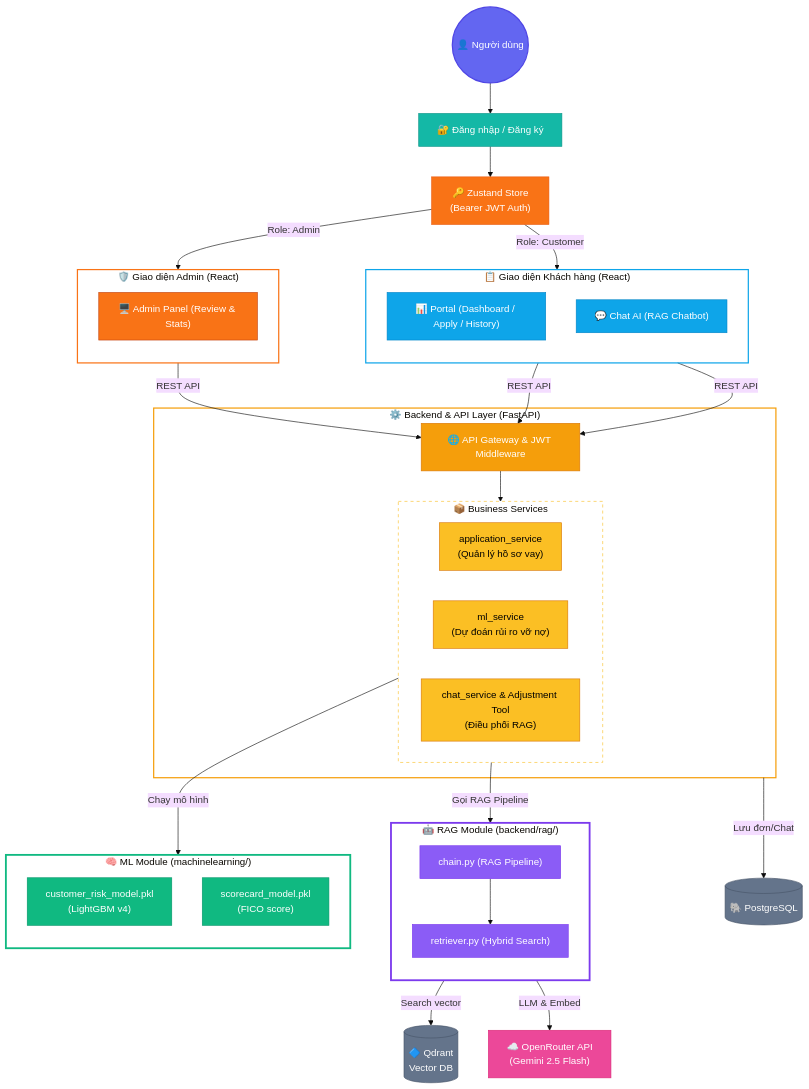
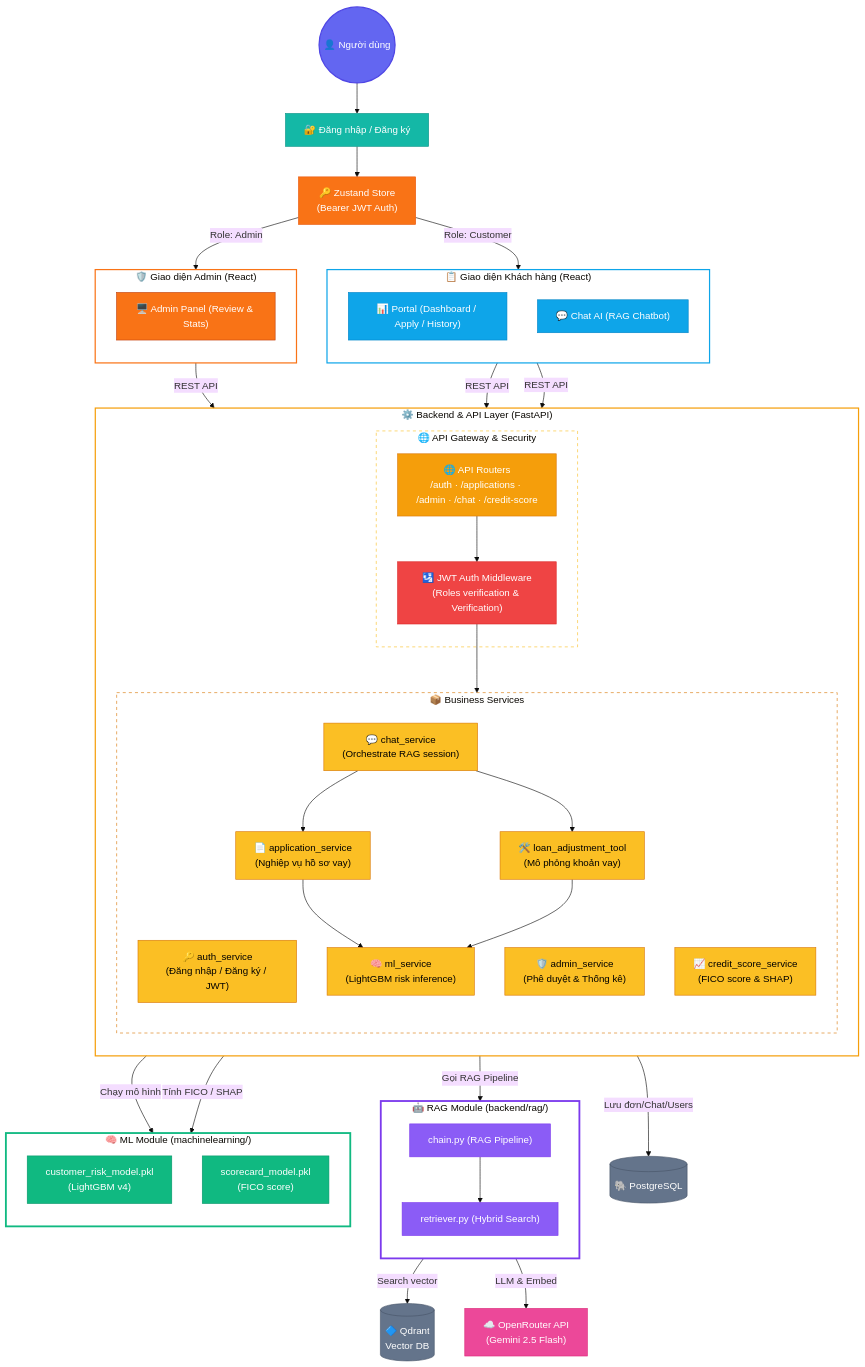
One commit to VTD0102/Loan_ETL changed the first of 3 diagrams in README.md. Above: the diagram before and after it, drawn with Mermaid (base theme).

Commit message:
docs: detail backend routers and business services in system architecture overview

````diff
--- a/README.md
+++ b/README.md
@@ -28,25 +28,40 @@
     end
 
     %% Kết nối Frontend -> API Gateway
-    C_MAIN -->|"REST API"| API
-    C_CHAT -->|"REST API"| API
-    A_PANEL -->|"REST API"| API
+    C_MAIN -->|"REST API"| ROUTERS
+    C_CHAT -->|"REST API"| ROUTERS
+    A_PANEL -->|"REST API"| ROUTERS
 
     subgraph BACKEND["⚙️ Backend & API Layer (FastAPI)"]
-        API["🌐 API Gateway & JWT Middleware"]
+        direction TB
+        subgraph API_GW["🌐 API Gateway & Security"]
+            ROUTERS["🌐 API Routers\n/auth · /applications · /admin · /chat · /credit-score"]
+            JWT_MW["🛂 JWT Auth Middleware\n(Roles verification & Verification)"]
+            ROUTERS --> JWT_MW
+        end
 
         subgraph SERVICES["📦 Business Services"]
-            direction LR
-            SVC_APP["application_service\n(Quản lý hồ sơ vay)"]
-            SVC_ML["ml_service\n(Dự đoán rủi ro vỡ nợ)"]
-            SVC_CHAT["chat_service & Adjustment Tool\n(Điều phối RAG)"]
+            direction TB
+            SVC_AUTH["🔑 auth_service\n(Đăng nhập / Đăng ký / JWT)"]
+            SVC_APP["📄 application_service\n(Nghiệp vụ hồ sơ vay)"]
+            SVC_ADMIN["🛡️ admin_service\n(Phê duyệt & Thống kê)"]
+            SVC_ML["🧠 ml_service\n(LightGBM risk inference)"]
+            SVC_CS["📈 credit_score_service\n(FICO score & SHAP)"]
+            SVC_CHAT["💬 chat_service\n(Orchestrate RAG session)"]
+            SVC_ADJ["🛠️ loan_adjustment_tool\n(Mô phỏng khoản vay)"]
+            
+            SVC_CHAT --> SVC_ADJ
+            SVC_CHAT --> SVC_APP
+            SVC_APP --> SVC_ML
+            SVC_ADJ --> SVC_ML
         end
-        API --> SERVICES
+        JWT_MW --> SERVICES
     end
 
     %% Kết nối Services -> Chuyên sâu RAG / ML
     SVC_CHAT -->|"Gọi RAG Pipeline"| RAG_MOD
     SVC_ML -->|"Chạy mô hình"| ML_MOD
+    SVC_CS -->|"Tính FICO / SHAP"| ML_MOD
 
     subgraph RAG_MOD["🤖 RAG Module (backend/rag/)"]
         direction TB
@@ -64,7 +79,7 @@
     %% Kết nối xuống Cơ sở dữ liệu và API ngoài
     RAG_MOD -->|"Search vector"| QD[("🔷 Qdrant\nVector DB")]
     RAG_MOD -->|"LLM & Embed"| OR["☁️ OpenRouter API\n(Gemini 2.5 Flash)"]
-    BACKEND -->|"Lưu đơn/Chat"| PG[("🐘 PostgreSQL")]
+    SERVICES -->|"Lưu đơn/Chat/Users"| PG[("🐘 PostgreSQL")]
 
     %% ===== STYLING =====
     classDef user fill:#6366f1,stroke:#4f46e5,color:#fff,stroke-width:2px
@@ -73,6 +88,7 @@
     classDef cust fill:#0ea5e9,stroke:#0284c7,color:#fff
     classDef adm fill:#f97316,stroke:#c2410c,color:#fff
     classDef be fill:#f59e0b,stroke:#d97706,color:#fff
+    classDef jwt_mw fill:#ef4444,stroke:#dc2626,color:#fff
     classDef svc fill:#fbbf24,stroke:#d97706,color:#000
     classDef rag fill:#8b5cf6,stroke:#7c3aed,color:#fff
     classDef ml fill:#10b981,stroke:#059669,color:#fff
@@ -84,8 +100,9 @@
     class JWT jwt
     class C_MAIN,C_CHAT cust
     class A_PANEL adm
-    class API be
-    class SVC_APP,SVC_ML,SVC_CHAT svc
+    class ROUTERS be
+    class JWT_MW jwt_mw
+    class SVC_AUTH,SVC_APP,SVC_ADMIN,SVC_ML,SVC_CS,SVC_CHAT,SVC_ADJ svc
     class CHAIN,RETRIEVER rag
     class RISK_M,SCORE_M ml
     class PG,QD db
@@ -94,7 +111,8 @@
     style FE_C fill:transparent,stroke:#0ea5e9,stroke-width:2px
     style FE_A fill:transparent,stroke:#f97316,stroke-width:2px
     style BACKEND fill:transparent,stroke:#f59e0b,stroke-width:2px
-    style SERVICES fill:transparent,stroke:#fbbf24,stroke-width:1px,stroke-dasharray:5 5
+    style API_GW fill:transparent,stroke:#fbbf24,stroke-width:1px,stroke-dasharray:5 5
+    style SERVICES fill:transparent,stroke:#d97706,stroke-width:1px,stroke-dasharray:5 5
     style RAG_MOD fill:transparent,stroke:#7c3aed,stroke-width:3px
     style ML_MOD fill:transparent,stroke:#10b981,stroke-width:3px
 ```
````
